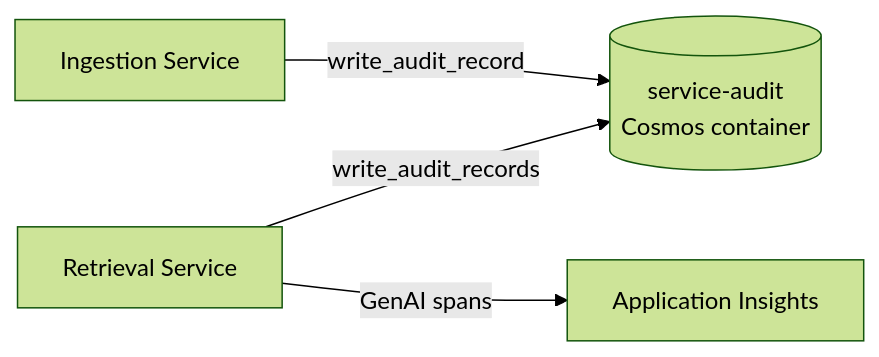
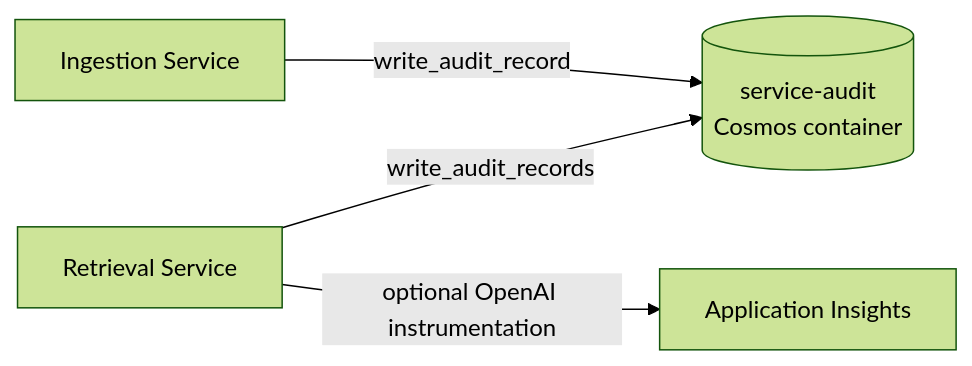
One commit to HariVamsiChittari/enterprise-rag-pipeline changed the tenth of 11 diagrams in docs/ARCHITECTURE.md. Above: the diagram before and after it, drawn with Mermaid (forest theme). The commit also changed other lines of this file and 108 other files, not shown here.

````diff
--- a/docs/ARCHITECTURE.md
+++ b/docs/ARCHITECTURE.md
@@ -500,6 +617,6 @@
 ```mermaid
 flowchart LR
     Ingestion[Ingestion Service] -->|write_audit_record| Audit[(service-audit<br/>Cosmos container)]
     Retrieval[Retrieval Service] -->|write_audit_records| Audit
-    Retrieval -->|GenAI spans| AppInsights[Application Insights]
+    Retrieval -->|optional OpenAI instrumentation| AppInsights[Application Insights]
 ```
````
